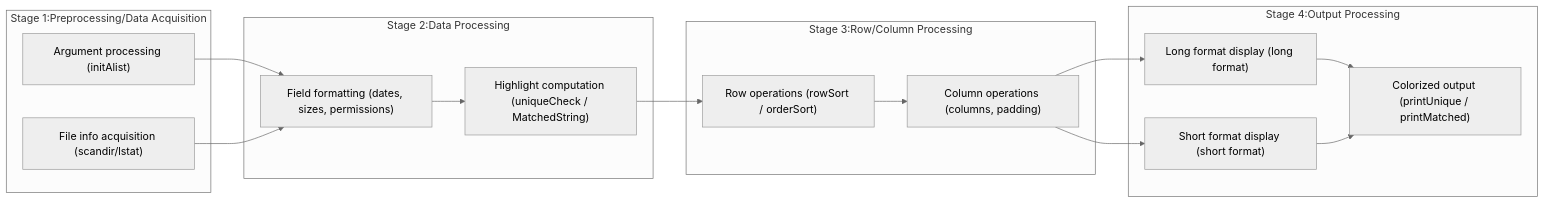
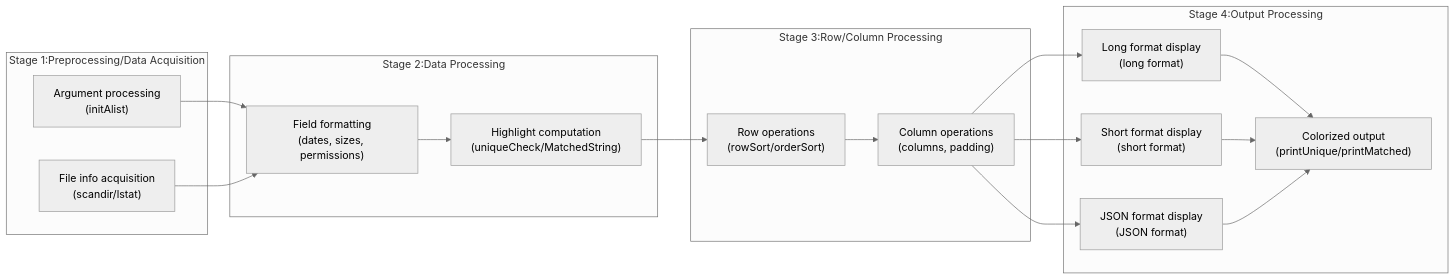
One commit to zunyon/rls changed the diagram in README_english.md. Above: the diagram before and after it, drawn with Mermaid (neutral theme). The commit also changed other lines of this file and 8 other files, not shown here.

````diff
--- a/README_english.md
+++ b/README_english.md
@@ -171,27 +179,28 @@
 ```mermaid
-flowchart LR
-  subgraph Stage 1:Preprocessing/Data Acquisition
-    A["Argument processing (initAlist)"]
-    B["File info acquisition (scandir/lstat)"]
-  end
-  A & B --> D
+	flowchart LR
+	subgraph Stage 1:Preprocessing/Data Acquisition
+		A["Argument processing<br>(initAlist)"]
+		B["File info acquisition<br>(scandir/lstat)"]
+	end
+	A & B --> D
 
-  subgraph Stage 2:Data Processing
-    D["Field formatting (dates, sizes, permissions)"]
-    E["Highlight computation (uniqueCheck / MatchedString)"]
-  end
-  D --> E
-  E --> G
+	subgraph Stage 2:Data Processing
+		D["Field formatting<br>(dates, sizes, permissions)"]
+		E["Highlight computation<br>(uniqueCheck/MatchedString)"]
+	end
+	D --> E
+	E --> G
 
-  subgraph Stage 3:Row/Column Processing
-    G["Row operations (rowSort / orderSort)"] --> H["Column operations (columns, padding)"]
-  end
-  H --> I & J
+	subgraph Stage 3:Row/Column Processing
+		G["Row operations<br>(rowSort/orderSort)"] --> H["Column operations<br>(columns, padding)"]
+	end
+	H --> I & J & K
 
-  subgraph Stage 4:Output Processing
-    I["Long format display (long format)"]
-    J["Short format display (short format)"]
-    K["Colorized output (printUnique / printMatched)"]
-  end
-  I & J --> K
+	subgraph Stage 4:Output Processing
+		I["Long format display<br>(long format)"]
+		J["Short format display<br>(short format)"]
+		K["JSON format display<br>(JSON format)"]
+		L["Colorized output<br>(printUnique/printMatched)"]
+	end
+	I & J & K --> L
 ```
````
